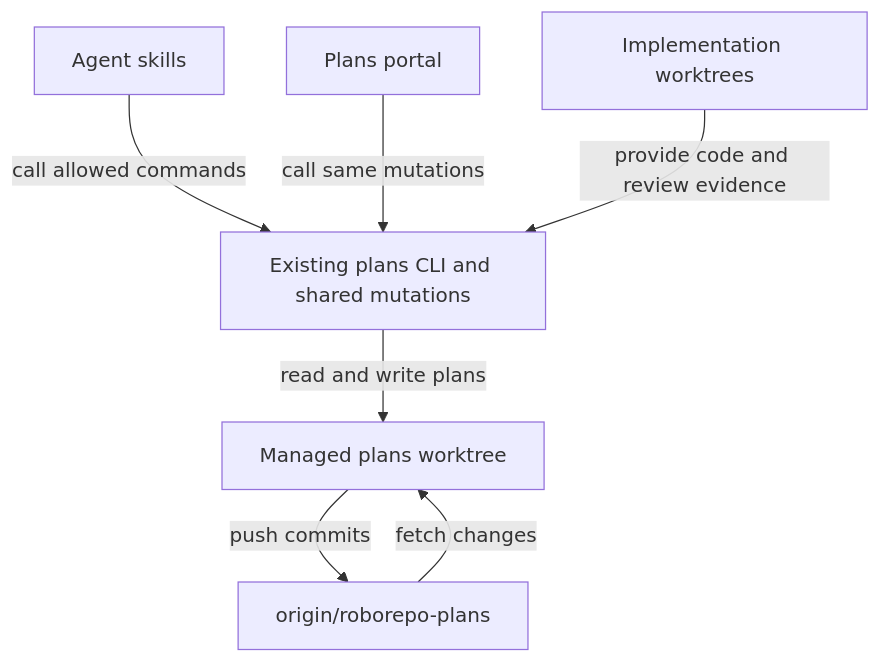
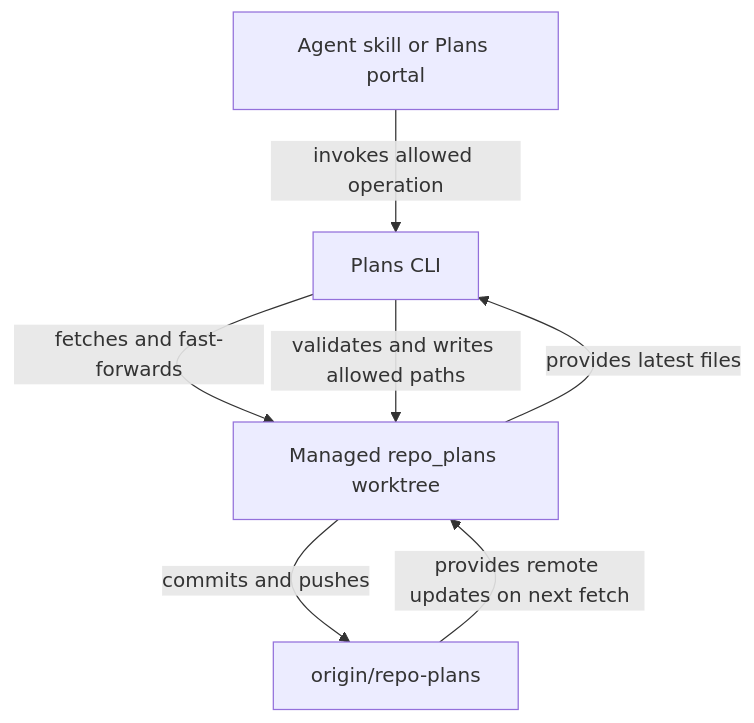
The diagram in docs/plans/backlog/plans-dedicated-branch.md (kirinmurphy/roborepo-alpha), drawn with Mermaid before and after one commit. The commit also changed other lines of this file, not shown here.

````diff
--- a/docs/plans/backlog/plans-dedicated-branch.md
+++ b/docs/plans/backlog/plans-dedicated-branch.md
@@ -52,9 +92,9 @@
 ```mermaid
 flowchart TD
-  A[Agent skills] -->|call allowed commands| C[Existing plans CLI and shared mutations]
-  B[Plans portal] -->|call same mutations| C
-  C -->|read and write plans| W[Managed plans worktree]
-  W -->|push commits| R[origin/roborepo-plans]
-  R -->|fetch changes| W
-  I[Implementation worktrees] -->|provide code and review evidence| C
+  A[Agent skill or Plans portal] -->|invokes allowed operation| B[Plans CLI]
+  B -->|fetches and fast-forwards| C[Managed repo_plans worktree]
+  C -->|provides latest files| B
+  B -->|validates and writes allowed paths| C
+  C -->|commits and pushes| D[origin/repo-plans]
+  D -->|provides remote updates on next fetch| C
 ```
````
